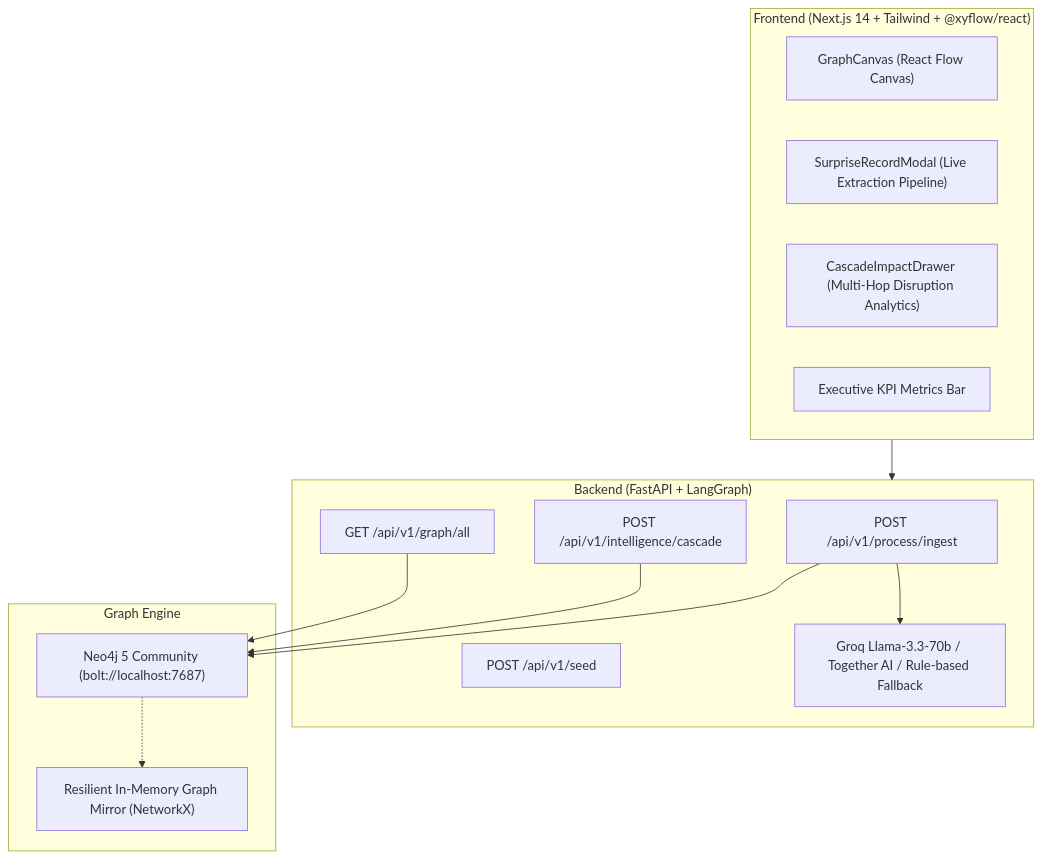
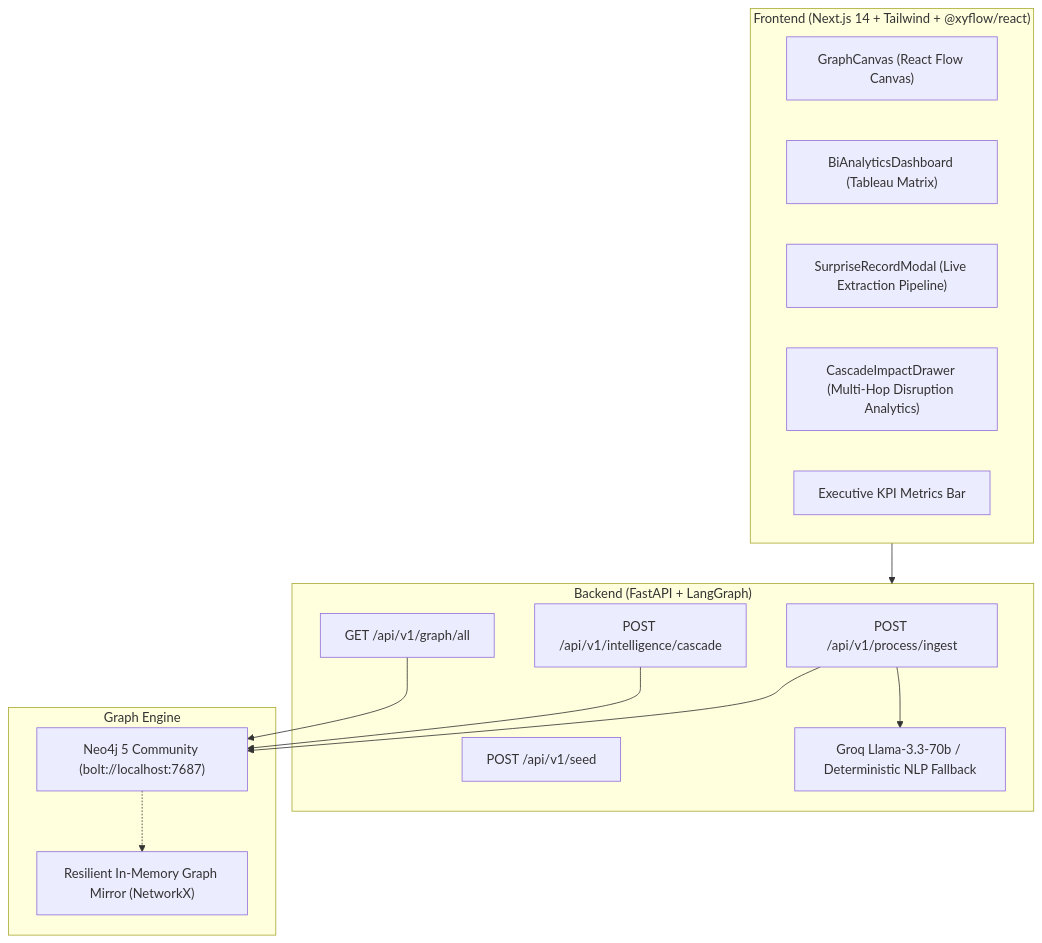
The second of 2 diagrams in README.md (KesavaAI/modus-ai-intelligence-graph), drawn with Mermaid before and after one commit. The commit also changed other lines of this file, not shown here.

Commit message:
docs: update README with BI Tableau analytics suite documentation and 30-second demo guide

````diff
--- a/README.md
+++ b/README.md
@@ -73,29 +80,30 @@
 ```mermaid
 graph TD
     subgraph UI ["Frontend (Next.js 14 + Tailwind + @xyflow/react)"]
         GC["GraphCanvas (React Flow Canvas)"]
+        BI["BiAnalyticsDashboard (Tableau Matrix)"]
         SRM["SurpriseRecordModal (Live Extraction Pipeline)"]
         CID["CascadeImpactDrawer (Multi-Hop Disruption Analytics)"]
         KPI["Executive KPI Metrics Bar"]
     end
 
     subgraph API ["Backend (FastAPI + LangGraph)"]
         INGEST["POST /api/v1/process/ingest"]
         CASCADE["POST /api/v1/intelligence/cascade"]
         GRAPH["GET /api/v1/graph/all"]
         SEED["POST /api/v1/seed"]
-        LLM["Groq Llama-3.3-70b / Together AI / Rule-based Fallback"]
+        LLM["Groq Llama-3.3-70b / Deterministic NLP Fallback"]
     end
 
     subgraph Storage ["Graph Engine"]
         NEO4J["Neo4j 5 Community (bolt://localhost:7687)"]
         MEMORY["Resilient In-Memory Graph Mirror (NetworkX)"]
     end
 
     UI --> API
     INGEST --> LLM
     INGEST --> NEO4J
     CASCADE --> NEO4J
     GRAPH --> NEO4J
     NEO4J -.-> MEMORY
 ```
````
